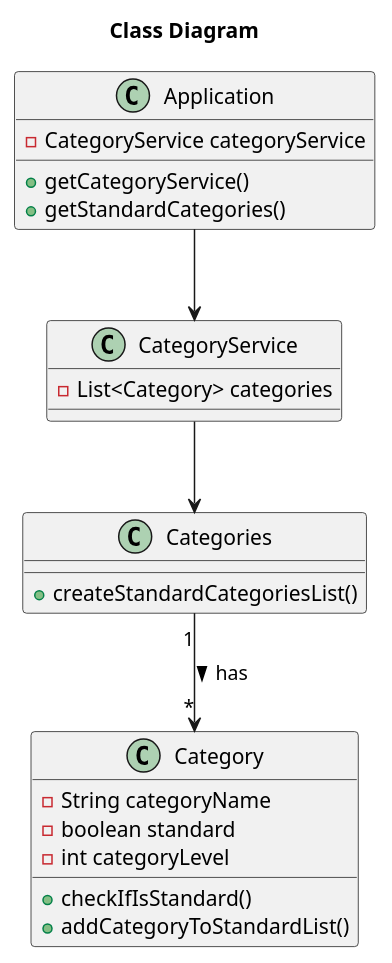
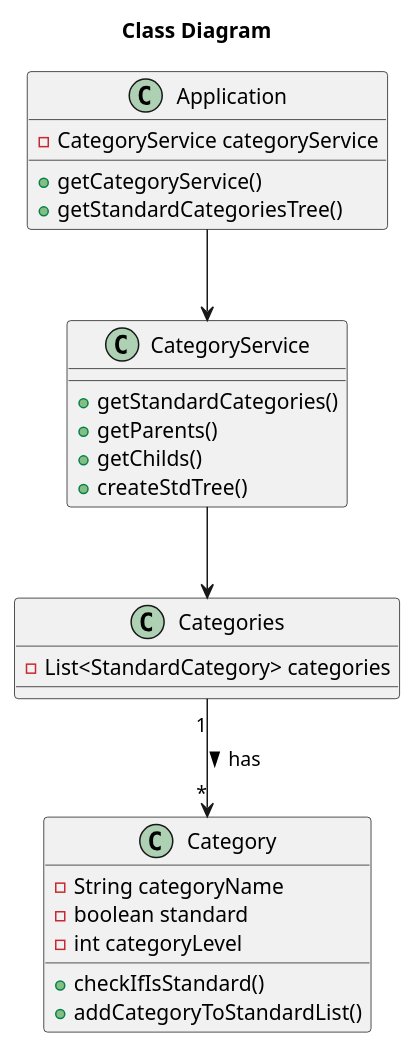
Before and after one commit to tomas-osswald/switch_2020_g3: the third of 3 diagrams in docs/sprint1/user_stories/US002_GetStandardCategories.md, drawn with PlantUML. The commit also changed other lines of this file and 5 other files, not shown here.

Commit message:
update Category Service, StandardCategoryDTO, controller and US doc (diagrams)

````diff
--- a/docs/sprint1/user_stories/US002_GetStandardCategories.md
+++ b/docs/sprint1/user_stories/US002_GetStandardCategories.md
@@ -108,29 +114,32 @@
 ```puml
 title Class Diagram
 
 class Application {
   - CategoryService categoryService
   + getCategoryService()
-  + getStandardCategories()
+  + getStandardCategoriesTree()
   }
 
 class CategoryService {
-  - List<Category> categories
+  + getStandardCategories()
+  + getParents()
+  + getChilds()
+  + createStdTree()
 }
 
 class Categories {
- +createStandardCategoriesList()
+  - List<StandardCategory> categories
  }
  
 class Category {
   - String categoryName
   - boolean standard
   - int categoryLevel
   + checkIfIsStandard()
   + addCategoryToStandardList()
 }
 
 Application --> CategoryService
 CategoryService --> Categories
 Categories "1"  --> "*" Category  : has >
 ```
````
